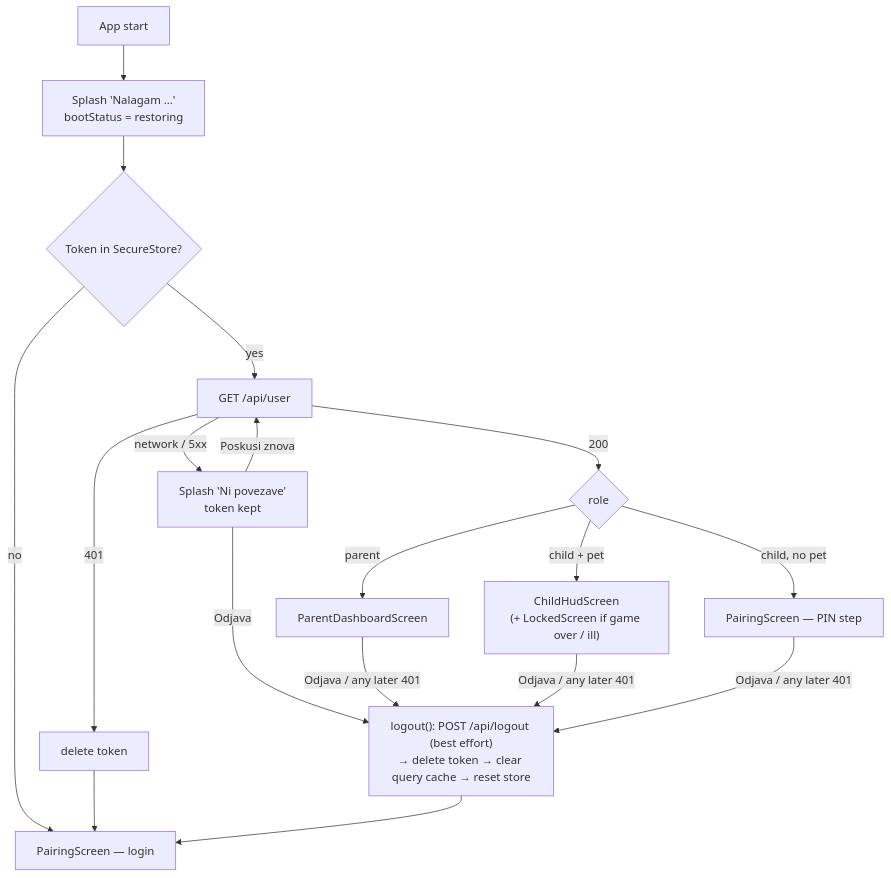
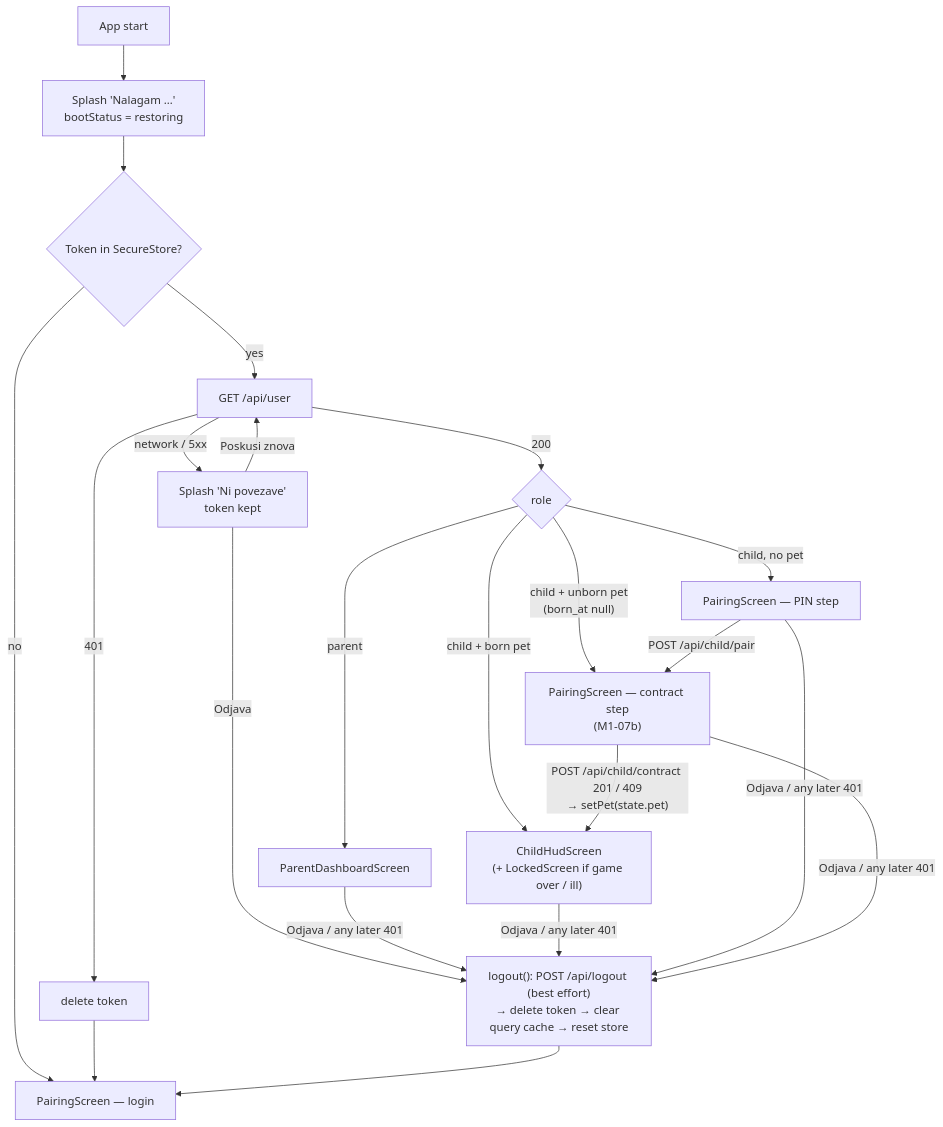
One commit to DataVallis/pet-prep changed the third of 10 diagrams in docs/engineering/DIAGRAMS.md. Above: the diagram before and after it, drawn with Mermaid. The commit also changed 22 other files, not shown here.

First line of the commit message:
feat(mobile): sign contract via API before birth [M1-07b]

````diff
--- a/docs/engineering/DIAGRAMS.md
+++ b/docs/engineering/DIAGRAMS.md
@@ -83,17 +83,20 @@
 ```mermaid
 flowchart TD
   L[App start] --> S["Splash 'Nalagam …'<br/>bootStatus = restoring"]
   S --> T{Token in SecureStore?}
   T -- no --> LOGIN[PairingScreen — login]
   T -- yes --> U[GET /api/user]
   U -- 200 --> R{role}
   R -- parent --> PD[ParentDashboardScreen]
-  R -- "child + pet" --> HUD["ChildHudScreen<br/>(+ LockedScreen if game over / ill)"]
+  R -- "child + born pet" --> HUD["ChildHudScreen<br/>(+ LockedScreen if game over / ill)"]
+  R -- "child + unborn pet<br/>(born_at null)" --> CON["PairingScreen — contract step<br/>(M1-07b)"]
+  CON -- "POST /api/child/contract 201 / 409<br/>→ setPet(state.pet)" --> HUD
   R -- "child, no pet" --> PIN[PairingScreen — PIN step]
+  PIN -- "POST /api/child/pair" --> CON
   U -- 401 --> CLR[delete token] --> LOGIN
   U -- "network / 5xx" --> OFF["Splash 'Ni povezave'<br/>token kept"]
   OFF -- "Poskusi znova" --> U
   OFF -- Odjava --> OUT
-  PD & HUD & PIN -- "Odjava / any later 401" --> OUT["logout(): POST /api/logout (best effort)<br/>→ delete token → clear query cache → reset store"]
+  PD & HUD & PIN & CON -- "Odjava / any later 401" --> OUT["logout(): POST /api/logout (best effort)<br/>→ delete token → clear query cache → reset store"]
   OUT --> LOGIN
 ```
````
